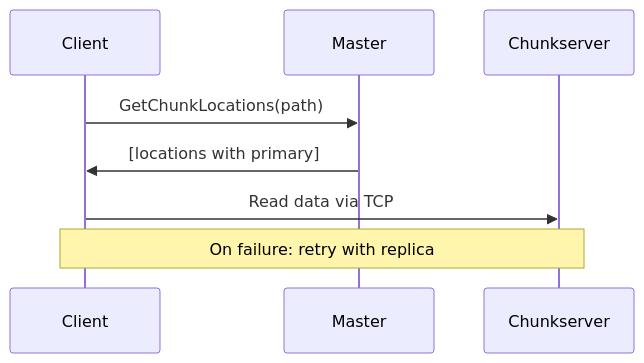
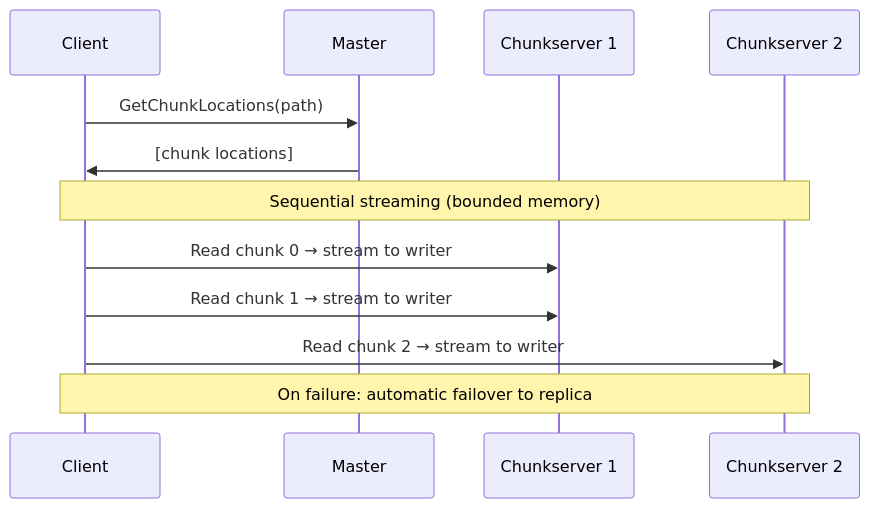
One commit to EddisonSo/cloud changed the third of 3 diagrams in docs/services/gfs.md. Above: the diagram before and after it, drawn with Mermaid. The commit also changed other lines of this file and 1 other file, not shown here.

First line of the commit message:
docs: update GFS architecture for sequential streaming reads

````diff
--- a/docs/services/gfs.md
+++ b/docs/services/gfs.md
@@ -80,11 +80,16 @@
 ```mermaid
 sequenceDiagram
     participant C as Client
     participant M as Master
-    participant CS as Chunkserver
+    participant CS1 as Chunkserver 1
+    participant CS2 as Chunkserver 2
 
     C->>M: GetChunkLocations(path)
-    M->>C: [locations with primary]
-    C->>CS: Read data via TCP
-    Note over C,CS: On failure: retry with replica
+    M->>C: [chunk locations]
+
+    Note over C,CS2: Sequential streaming (bounded memory)
+    C->>CS1: Read chunk 0 → stream to writer
+    C->>CS1: Read chunk 1 → stream to writer
+    C->>CS2: Read chunk 2 → stream to writer
+    Note over C,CS2: On failure: automatic failover to replica
 ```
````
